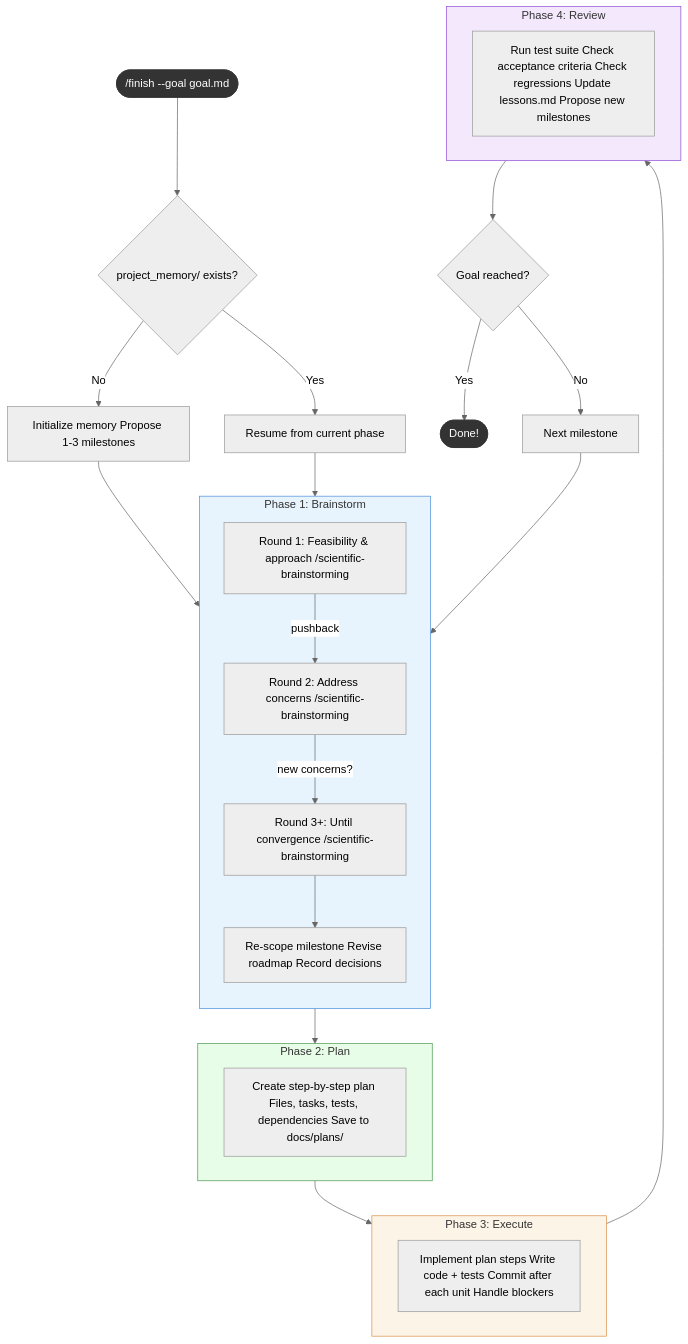
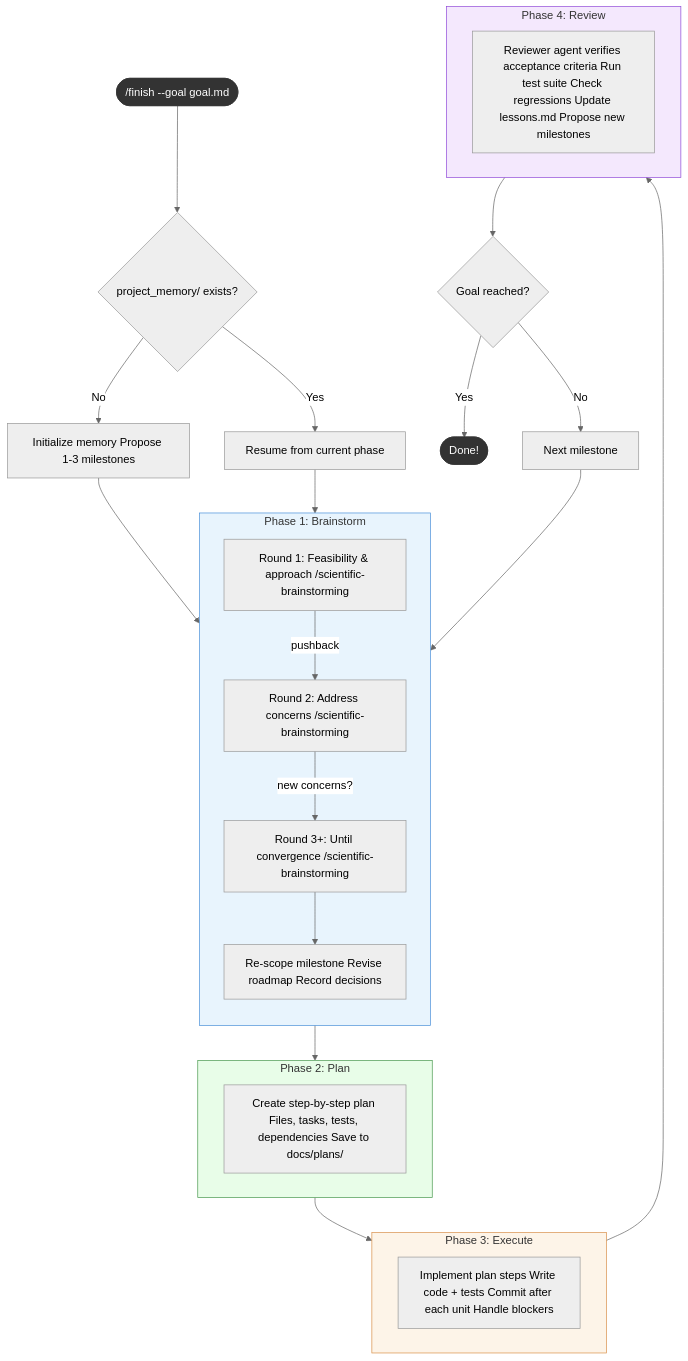
The diagram in README.md (yuanhao96/project-finisher), drawn with Mermaid (neutral theme) before and after one commit. The commit also changed other lines of this file and 2 other files, not shown here.

````diff
--- a/README.md
+++ b/README.md
@@ -7,45 +7,45 @@
 ```mermaid
 flowchart TD
     START(["/finish --goal goal.md"]) --> CHECK{project_memory/ exists?}
     CHECK -- No --> INIT["Initialize memory Propose 1-3 milestones"]
     CHECK -- Yes --> RESUME["Resume from current phase"]
     INIT --> BRAINSTORM
     RESUME --> BRAINSTORM
 
     subgraph BRAINSTORM ["Phase 1: Brainstorm"]
         direction TB
         B1["Round 1: Feasibility & approach /scientific-brainstorming"]
         B1 -- "pushback" --> B2["Round 2: Address concerns /scientific-brainstorming"]
         B2 -- "new concerns?" --> B3["Round 3+: Until convergence /scientific-brainstorming"]
         B3 --> BOUT["Re-scope milestone Revise roadmap Record decisions"]
     end
 
     BRAINSTORM --> PLAN
 
     subgraph PLAN ["Phase 2: Plan"]
         P1["Create step-by-step plan Files, tasks, tests, dependencies Save to docs/plans/"]
     end
 
     PLAN --> EXECUTE
 
     subgraph EXECUTE ["Phase 3: Execute"]
         E1["Implement plan steps Write code + tests Commit after each unit Handle blockers"]
     end
 
     EXECUTE --> REVIEW
 
     subgraph REVIEW ["Phase 4: Review"]
-        R1["Run test suite Check acceptance criteria Check regressions Update lessons.md Propose new milestones"]
+        R1["Reviewer agent verifies acceptance criteria Run test suite Check regressions Update lessons.md Propose new milestones"]
     end
 
     REVIEW --> DONE{Goal reached?}
     DONE -- "Yes" --> STOP(["Done!"])
     DONE -- "No" --> NEXT["Next milestone"] --> BRAINSTORM
 
     style BRAINSTORM fill:#e8f4fd,stroke:#4a90d9
     style PLAN fill:#e8fde8,stroke:#4a9950
     style EXECUTE fill:#fdf4e8,stroke:#d9904a
     style REVIEW fill:#f4e8fd,stroke:#904ad9
     style START fill:#333,color:#fff,stroke:#333
     style STOP fill:#333,color:#fff,stroke:#333
 ```
````
